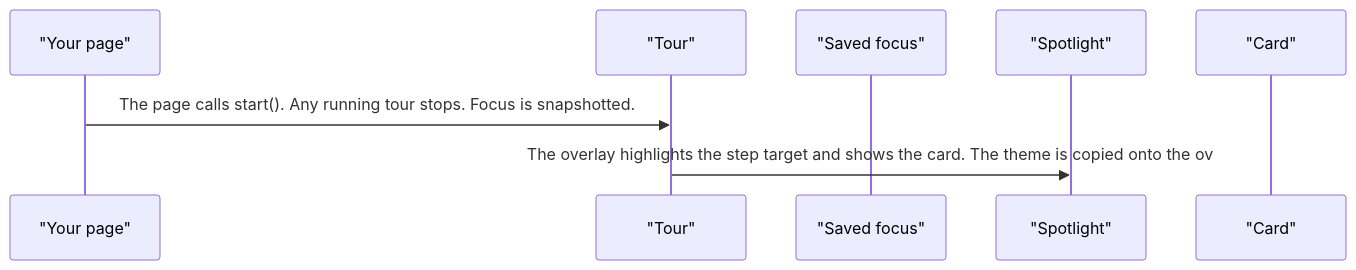
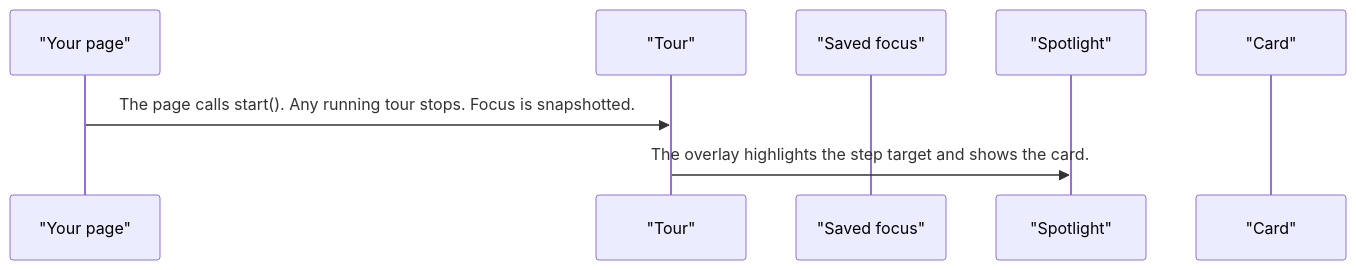
One commit to RajshekharBorate/pixel-ui changed the second of 4 diagrams in projects/pixel-ui/src/lib/pixel-tour/DESIGN.md. Above: the diagram before and after it, drawn with Mermaid. The commit also changed other lines of this file and 80 other files, not shown here.

Commit message:
Fill missing design flows and correct the stories that did not match component behavior.

````diff
--- a/projects/pixel-ui/src/lib/pixel-tour/DESIGN.md
+++ b/projects/pixel-ui/src/lib/pixel-tour/DESIGN.md
@@ -53,10 +53,10 @@
 ```mermaid
 sequenceDiagram
   participant page as "Your page"
   participant tour as "Tour"
   participant focus as "Saved focus"
   participant spot as "Spotlight"
   participant card as "Card"
   page->>tour: The page calls start(). Any running tour stops. Focus is snapshotted.
-  tour->>spot: The overlay highlights the step target and shows the card. The theme is copied onto the ov
+  tour->>spot: The overlay highlights the step target and shows the card.
 ```
````
